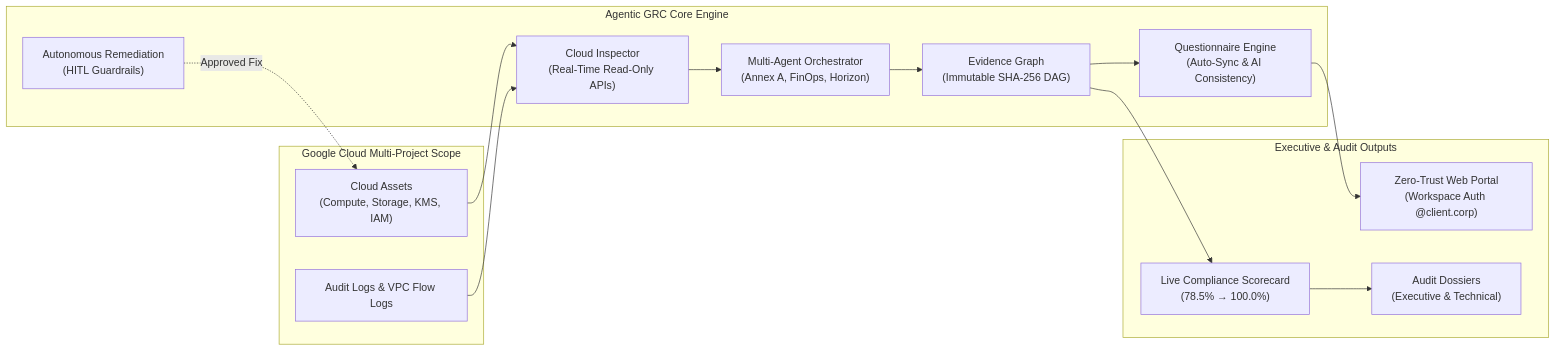
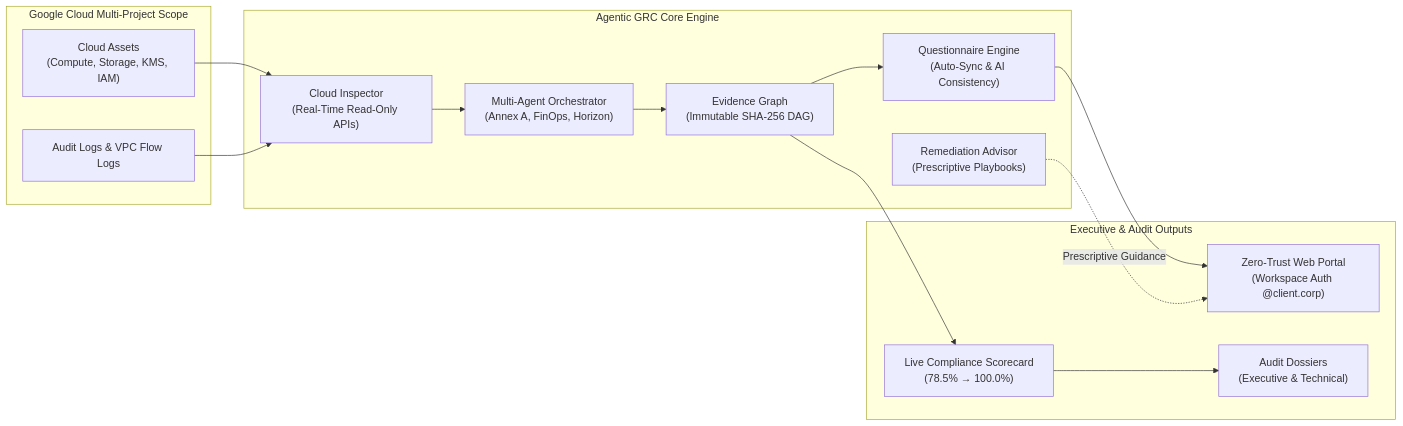
One commit to g-jsaccomani/agentic_grc_certifications changed the diagram in documentation/poc/README.md. Above: the diagram before and after it, drawn with Mermaid. The commit also changed other lines of this file and 6 other files, not shown here.

Commit message:
feat(security): enforce read-only guardrails, call budget rate limiting, and prescriptive remediation

````diff
--- a/documentation/poc/README.md
+++ b/documentation/poc/README.md
@@ -18,31 +18,31 @@
 ```mermaid
 graph LR
     subgraph GCP["Google Cloud Multi-Project Scope"]
         Assets["Cloud Assets\n(Compute, Storage, KMS, IAM)"]
         Logs["Audit Logs & VPC Flow Logs"]
     end
 
     subgraph Core["Agentic GRC Core Engine"]
         Inspector["Cloud Inspector\n(Real-Time Read-Only APIs)"]
         Orchestrator["Multi-Agent Orchestrator\n(Annex A, FinOps, Horizon)"]
         EGraph["Evidence Graph\n(Immutable SHA-256 DAG)"]
         Quest["Questionnaire Engine\n(Auto-Sync & AI Consistency)"]
-        Remediation["Autonomous Remediation\n(HITL Guardrails)"]
+        Remediation["Remediation Advisor\n(Prescriptive Playbooks)"]
     end
 
     subgraph Outputs["Executive & Audit Outputs"]
         Portal["Zero-Trust Web Portal\n(Workspace Auth @client.corp)"]
         Reports["Audit Dossiers\n(Executive & Technical)"]
         Scorecard["Live Compliance Scorecard\n(78.5% → 100.0%)"]
     end
 
     Assets --> Inspector
     Logs --> Inspector
     Inspector --> Orchestrator
     Orchestrator --> EGraph
     EGraph --> Quest
     EGraph --> Scorecard
     Quest --> Portal
     Scorecard --> Reports
-    Remediation -.->|Approved Fix| Assets
+    Remediation -.->|Prescriptive Guidance| Portal
 ```
````
